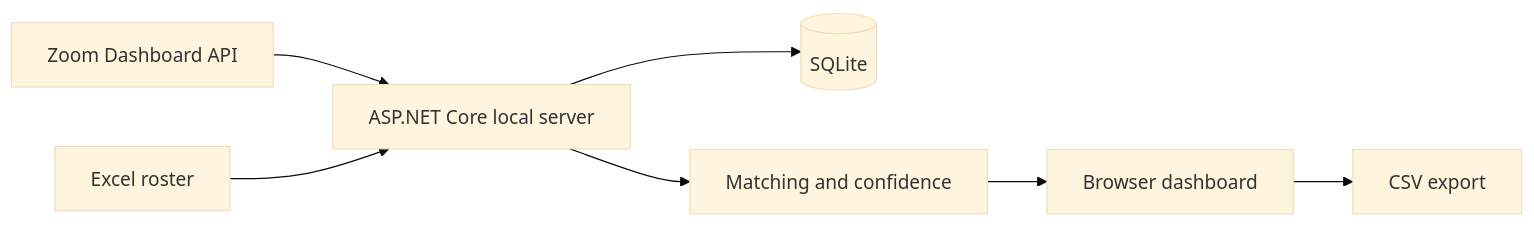
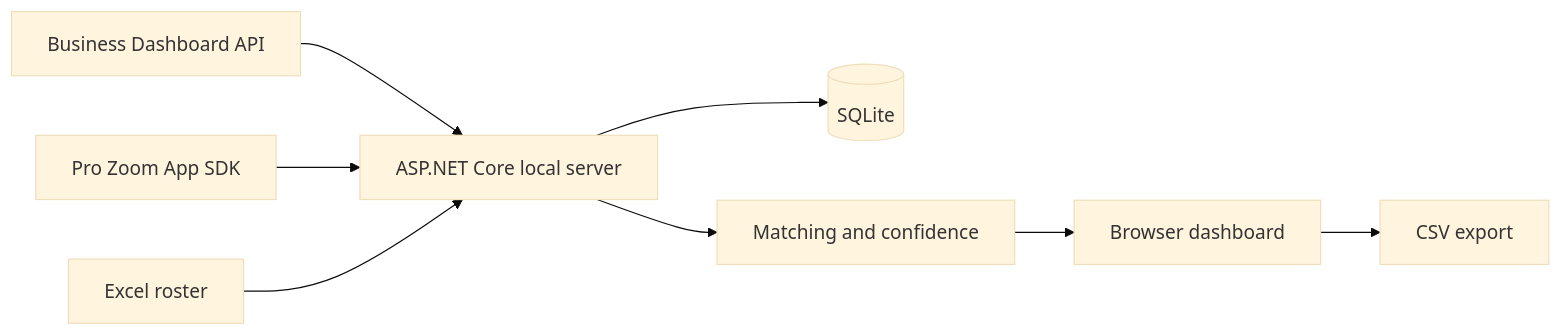
Before and after one commit to ianlyoo/zoomcheck: the diagram in README.md, drawn with Mermaid (base theme). The commit also changed other lines of this file and 25 other files, not shown here.

Commit message:
feat: support Pro meetings with Zoom App bridge

````diff
--- a/README.md
+++ b/README.md
@@ -53,9 +66,10 @@
 ```mermaid
 flowchart LR
-  A[Zoom Dashboard API] --> B[ASP.NET Core local server]
+  A[Business Dashboard API] --> B[ASP.NET Core local server]
+  H[Pro Zoom App SDK] --> B
   C[Excel roster] --> B
   B --> D[(SQLite)]
   B --> E[Matching and confidence]
   E --> F[Browser dashboard]
   F --> G[CSV export]
 ```
````
